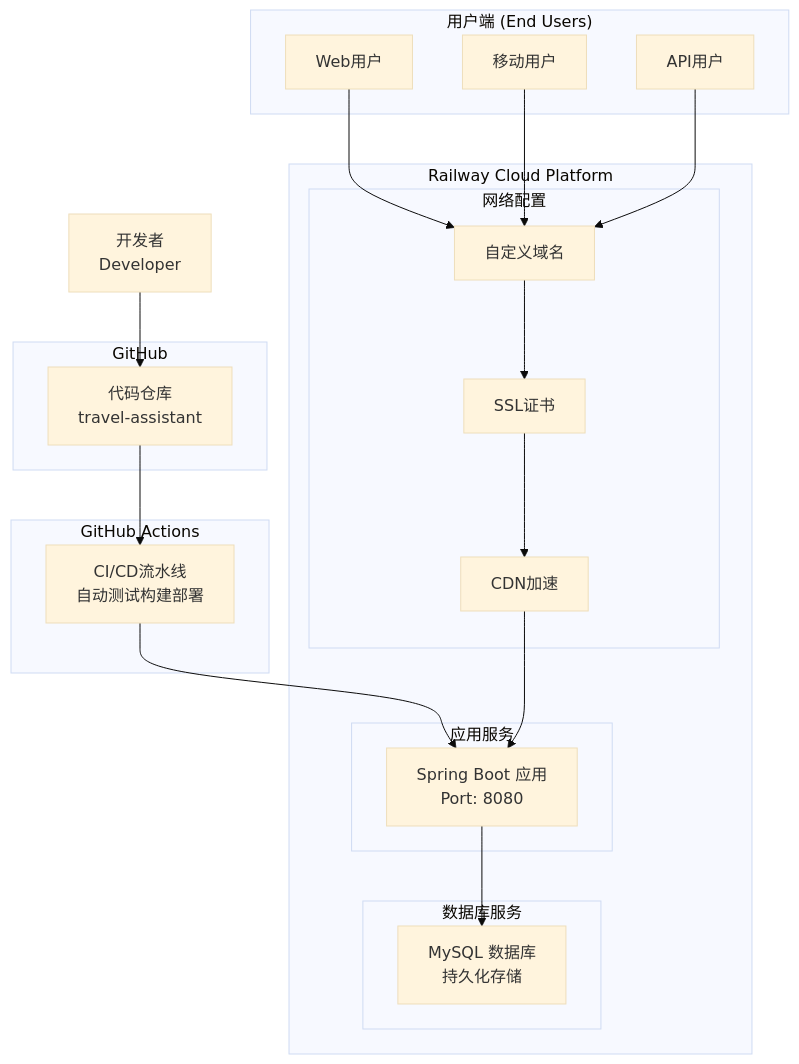
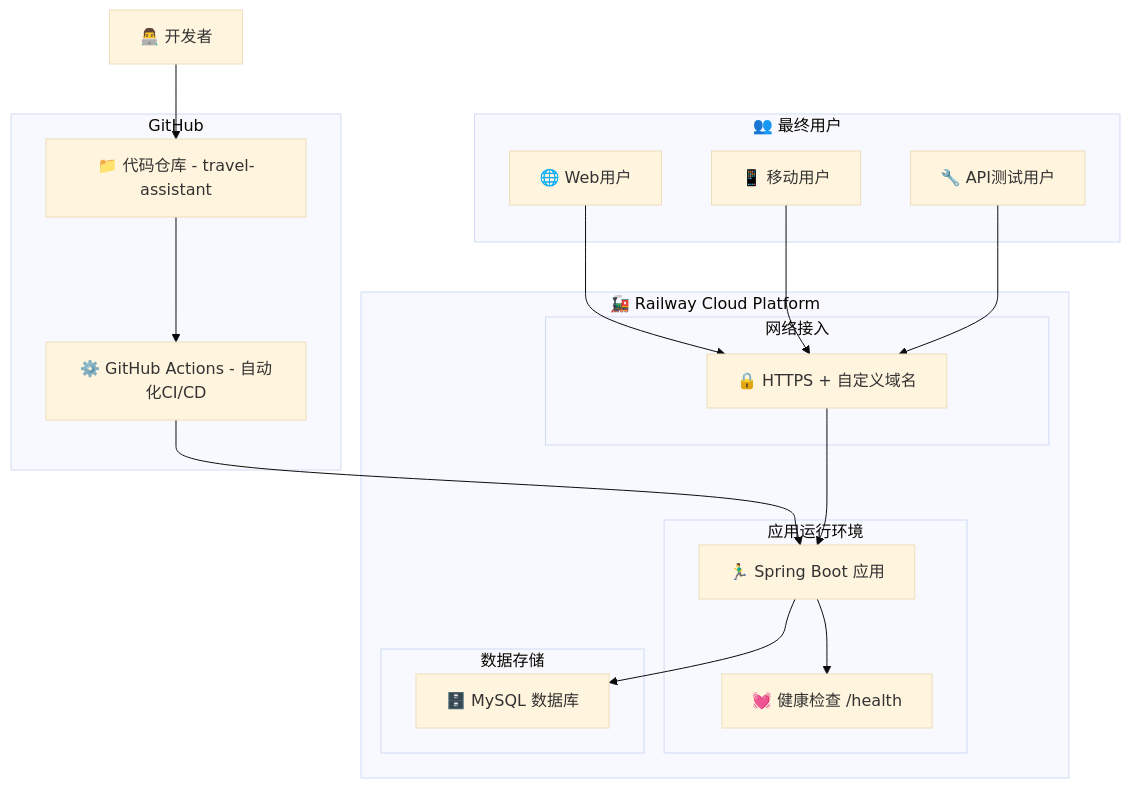
The sixth of 7 diagrams in architecture-diagram.md (NicoleYL28/travel-assistant), drawn with Mermaid (base theme) before and after one commit. The commit also changed other lines of this file, not shown here.

Commit message:
Simplify architecture diagram - remove complex components like gateway, monitoring, and integrate Railway platform

````diff
--- a/architecture-diagram.md
+++ b/architecture-diagram.md
@@ -300,52 +289,46 @@
 ```mermaid
 graph TB
     %% 开发者
-    DEV[开发者<br/>Developer]
+    DEV["👨‍💻 开发者"]
     
-    %% 代码仓库
+    %% GitHub
     subgraph "GitHub"
-        REPO[代码仓库<br/>travel-assistant]
+        REPO["📁 代码仓库 - travel-assistant"]
+        ACTIONS["⚙️ GitHub Actions - 自动化CI/CD"]
     end
     
-    %% CI/CD
-    subgraph "GitHub Actions"
-        PIPELINE[CI/CD流水线<br/>自动测试构建部署]
-    end
-    
-    %% 云平台
-    subgraph "Railway Cloud Platform"
-        subgraph "应用服务"
-            APP_SVC[Spring Boot 应用<br/>Port: 8080]
+    %% Railway云平台 - 一体化解决方案
+    subgraph "🚂 Railway Cloud Platform"
+        subgraph "应用运行环境"
+            APP_SVC["🏃‍♂️ Spring Boot 应用"]
+            HEALTH["💓 健康检查 /health"]
         end
         
-        subgraph "数据库服务"
-            DB_SVC[MySQL 数据库<br/>持久化存储]
+        subgraph "数据存储"
+            DB_SVC["🗄️ MySQL 数据库"]
         end
         
-        subgraph "网络配置"
-            DOMAIN[自定义域名]
-            SSL[SSL证书]
-            CDN[CDN加速]
+        subgraph "网络接入"
+            HTTPS["🔒 HTTPS + 自定义域名"]
         end
     end
     
     %% 用户
-    subgraph "用户端 (End Users)"
-        WEB_USER[Web用户]
-        MOBILE_USER[移动用户]
-        API_USER[API用户]
+    subgraph "👥 最终用户"
+        WEB_USER["🌐 Web用户"]
+        MOBILE_USER["📱 移动用户"]
+        API_USER["🔧 API测试用户"]
     end
     
     %% 连接关系
     DEV --> REPO
-    REPO --> PIPELINE
-    PIPELINE --> APP_SVC
+    REPO --> ACTIONS
+    ACTIONS --> APP_SVC
     APP_SVC --> DB_SVC
+    APP_SVC --> HEALTH
     
-    WEB_USER --> DOMAIN
-    MOBILE_USER --> DOMAIN
-    API_USER --> DOMAIN
-    DOMAIN --> SSL
-    SSL --> CDN
-    CDN --> APP_SVC
+    WEB_USER --> HTTPS
+    MOBILE_USER --> HTTPS
+    API_USER --> HTTPS
+    HTTPS --> APP_SVC
 ```
````
